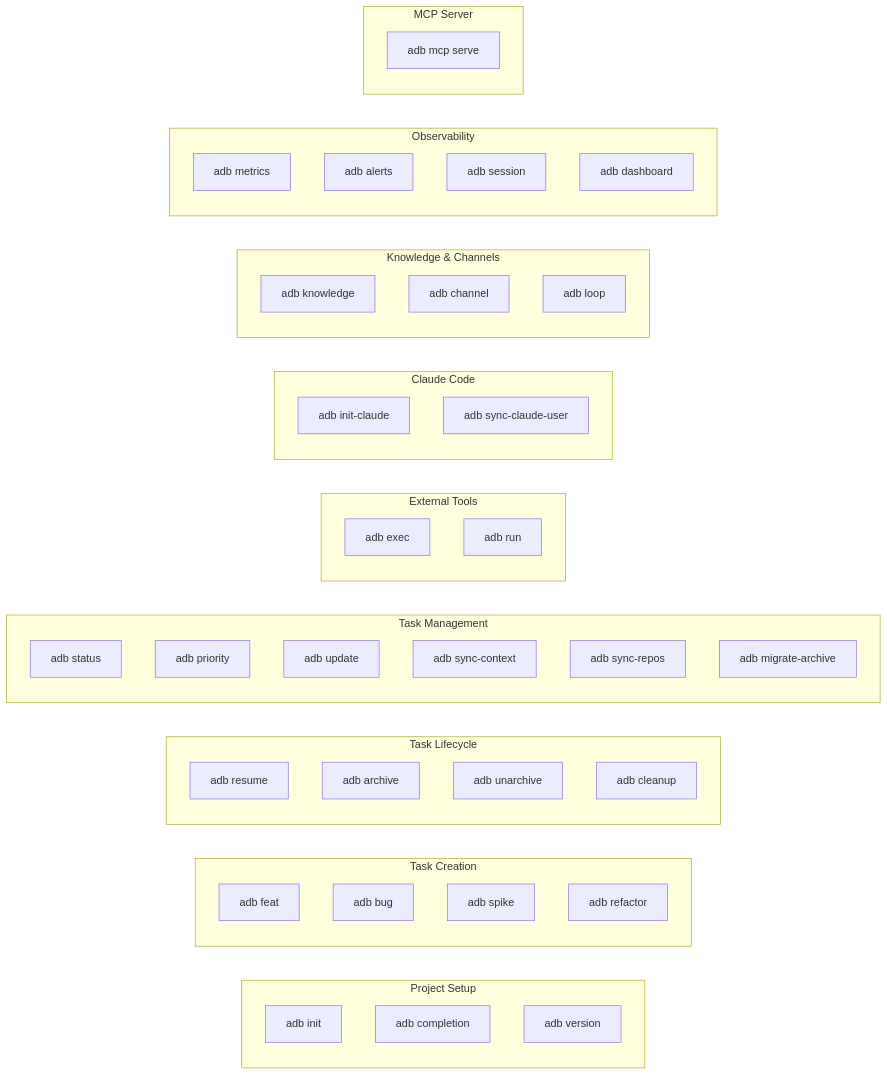
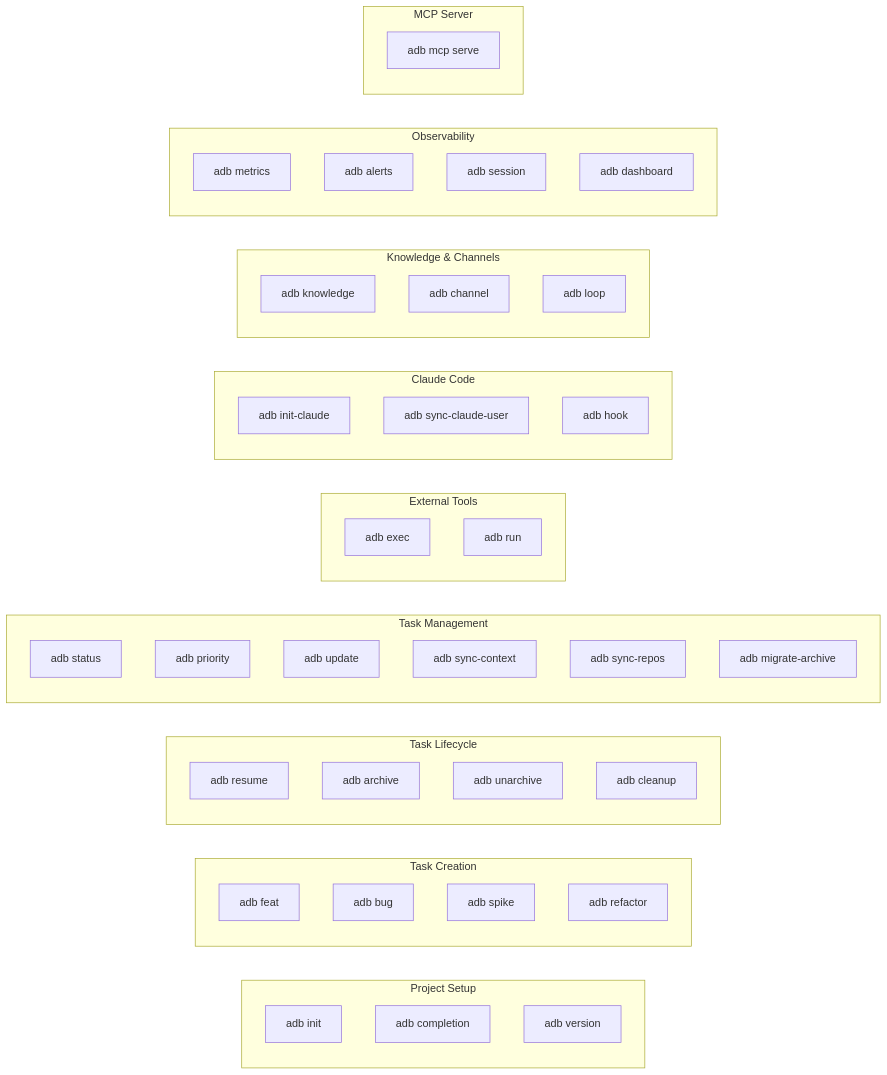
One commit to valter-silva-au/ai-dev-brain changed the diagram in docs/commands.md. Above: the diagram before and after it, drawn with Mermaid. The commit also changed other lines of this file and 30 other files, not shown here.

First line of the commit message:
feat(hooks): add adb-native hook system (#38)

````diff
--- a/docs/commands.md
+++ b/docs/commands.md
@@ -8,58 +8,59 @@
 ```mermaid
 graph LR
     subgraph "Project Setup"
         init["adb init"]
         completion["adb completion"]
         version["adb version"]
     end
 
     subgraph "Task Creation"
         feat["adb feat"]
         bug["adb bug"]
         spike["adb spike"]
         refactor["adb refactor"]
     end
 
     subgraph "Task Lifecycle"
         resume["adb resume"]
         archive["adb archive"]
         unarchive["adb unarchive"]
         cleanup["adb cleanup"]
     end
 
     subgraph "Task Management"
         status["adb status"]
         priority["adb priority"]
         update["adb update"]
         syncctx["adb sync-context"]
         syncrepos["adb sync-repos"]
         migrate["adb migrate-archive"]
     end
 
     subgraph "External Tools"
         exec["adb exec"]
         run["adb run"]
     end
 
     subgraph "Claude Code"
         initclaude["adb init-claude"]
         syncuser["adb sync-claude-user"]
+        hook["adb hook"]
     end
 
     subgraph "Knowledge & Channels"
         knowledge["adb knowledge"]
         channel["adb channel"]
         loop["adb loop"]
     end
 
     subgraph "Observability"
         metrics["adb metrics"]
         alerts["adb alerts"]
         session["adb session"]
         dashboard["adb dashboard"]
     end
 
     subgraph "MCP Server"
         mcp["adb mcp serve"]
     end
 ```
````
